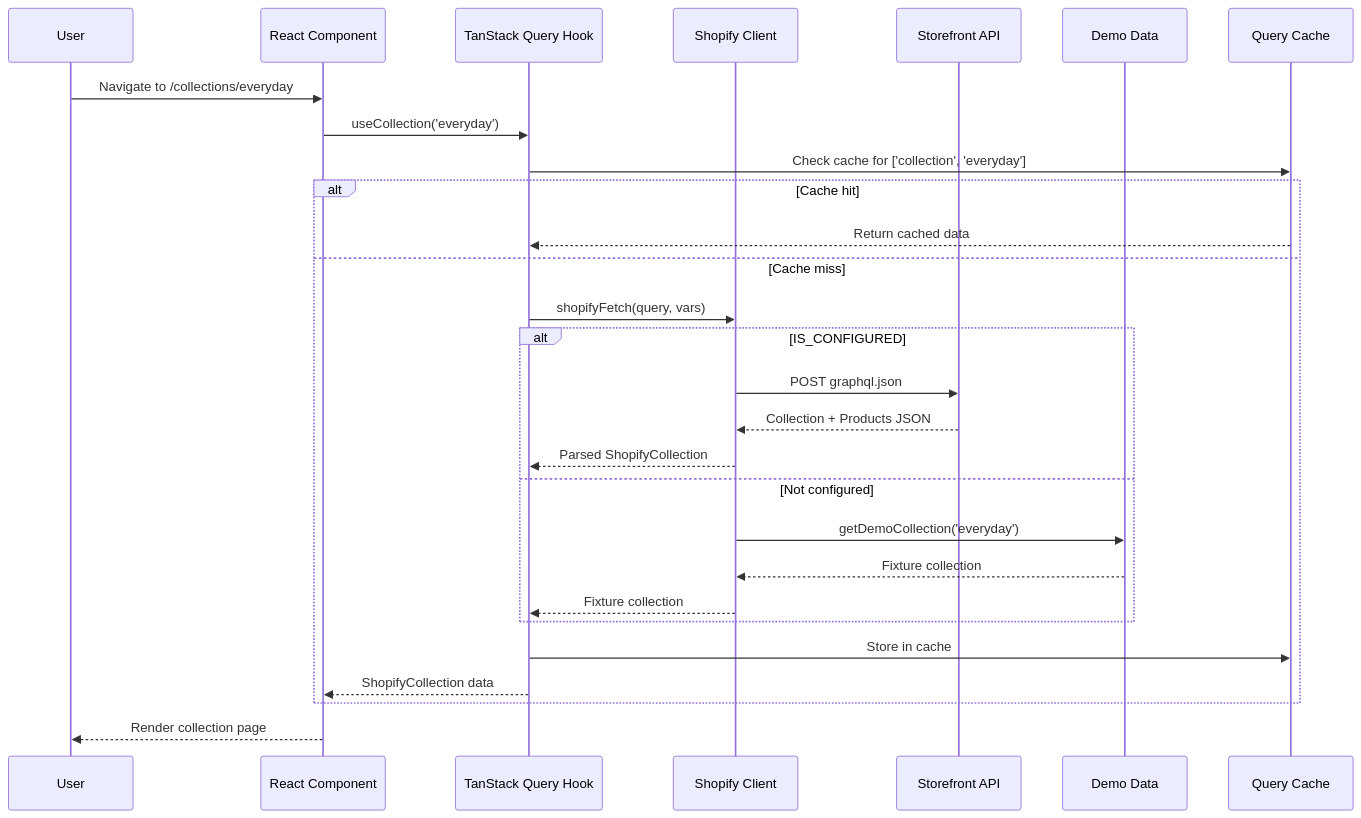
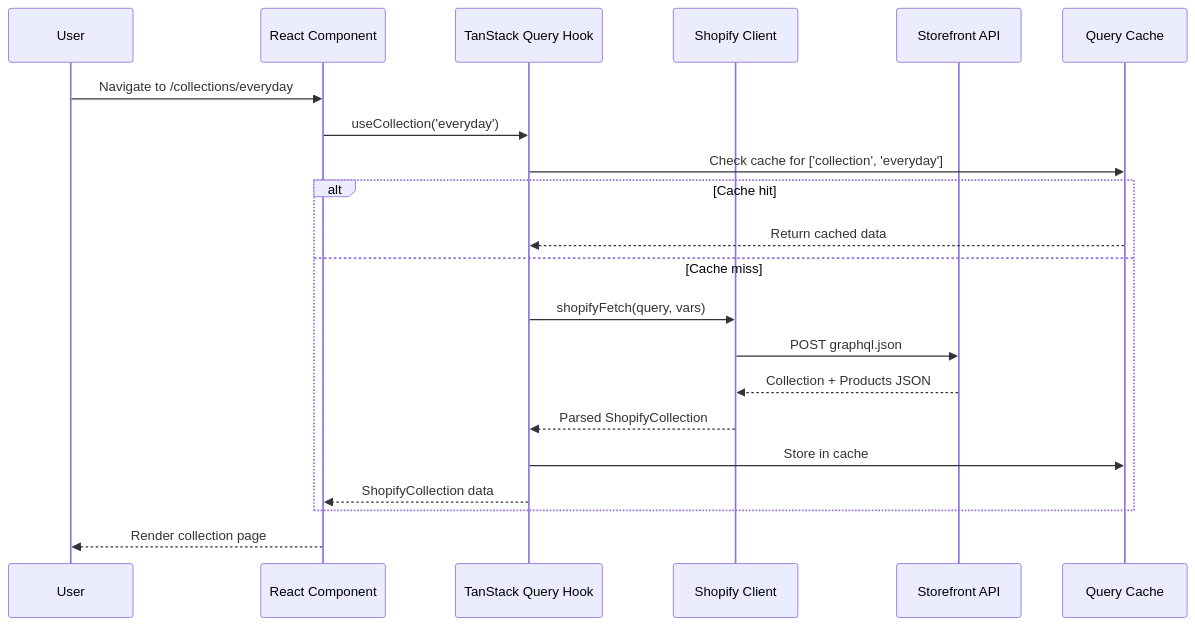
One commit to JasdeepN/house-of-mornii-shop changed the second of 3 diagrams in docs/01-architecture.md. Above: the diagram before and after it, drawn with Mermaid. The commit also changed other lines of this file and 96 other files, not shown here.

````diff
--- a/docs/01-architecture.md
+++ b/docs/01-architecture.md
@@ -127,31 +126,24 @@
 ```mermaid
 sequenceDiagram
     participant User as User
     participant Component as React Component
     participant Hook as TanStack Query Hook
     participant Client as Shopify Client
     participant API as Storefront API
-    participant Demo as Demo Data
     participant Cache as Query Cache
 
     User->>Component: Navigate to /collections/everyday
     Component->>Hook: useCollection('everyday')
     Hook->>Cache: Check cache for ['collection', 'everyday']
     alt Cache hit
         Cache-->>Hook: Return cached data
     else Cache miss
         Hook->>Client: shopifyFetch(query, vars)
-        alt IS_CONFIGURED
-            Client->>API: POST graphql.json
-            API-->>Client: Collection + Products JSON
-            Client-->>Hook: Parsed ShopifyCollection
-        else Not configured
-            Client->>Demo: getDemoCollection('everyday')
-            Demo-->>Client: Fixture collection
-            Client-->>Hook: Fixture collection
-        end
+        Client->>API: POST graphql.json
+        API-->>Client: Collection + Products JSON
+        Client-->>Hook: Parsed ShopifyCollection
         Hook->>Cache: Store in cache
         Hook-->>Component: ShopifyCollection data
     end
     Component-->>User: Render collection page
 ```
````
